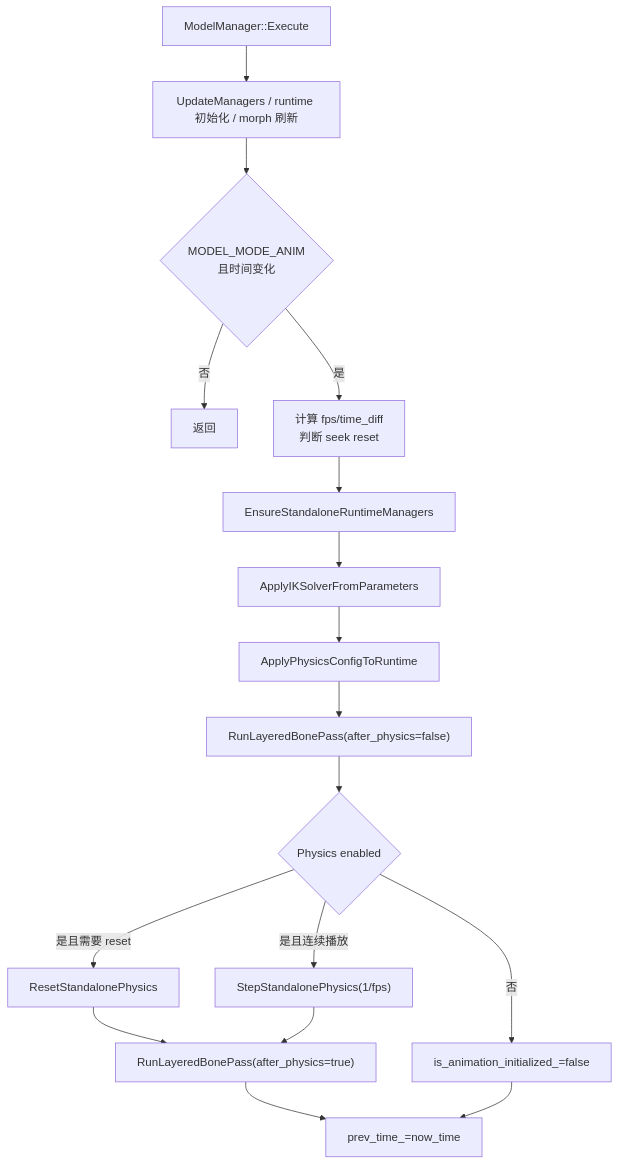
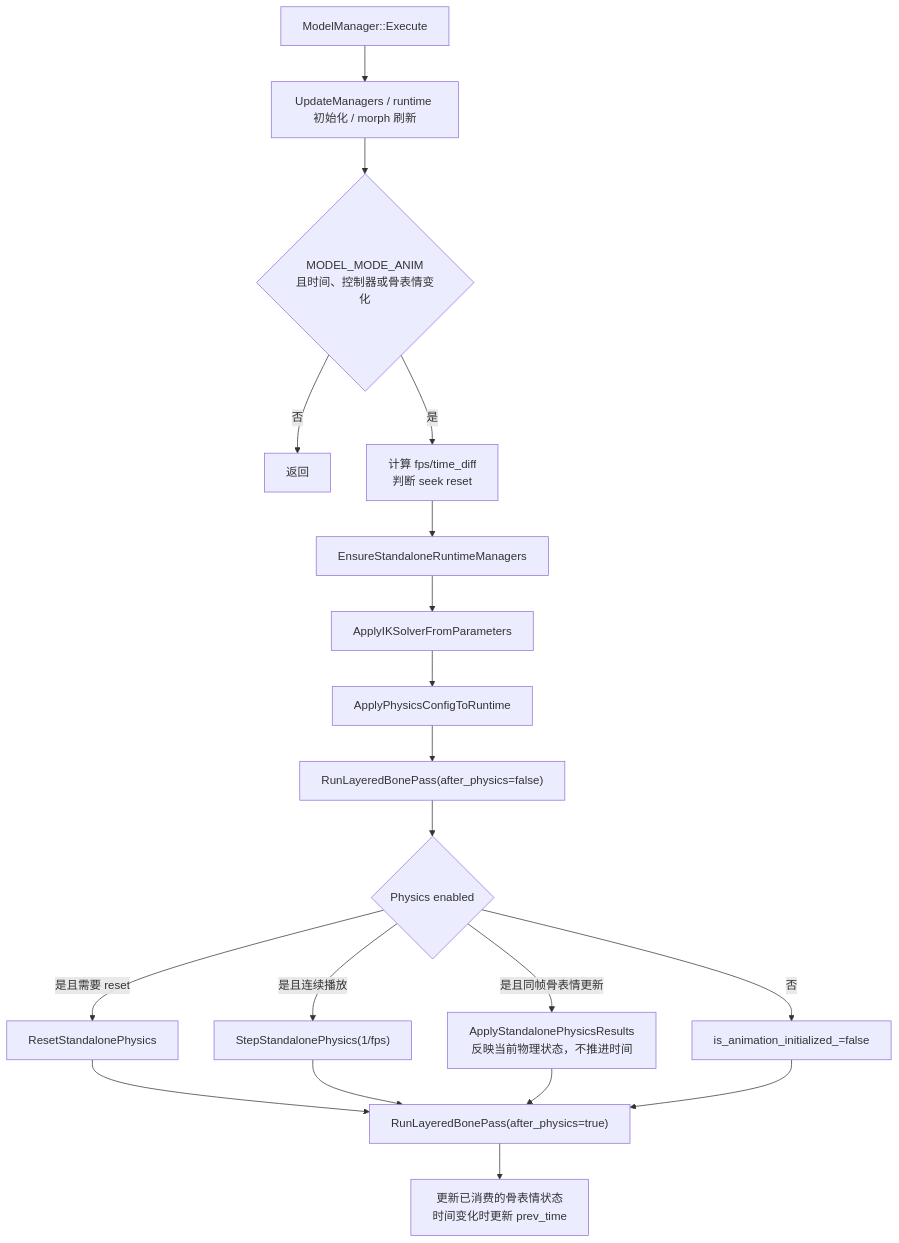
The third of 5 diagrams in docs/dev/runtime-flow.md (AiMiDi/C4D_MMD_Tool), drawn with Mermaid before and after one commit. The commit also changed other lines of this file and 25 other files, not shown here.

````diff
--- a/docs/dev/runtime-flow.md
+++ b/docs/dev/runtime-flow.md
@@ -102,19 +110,21 @@
 ```mermaid
 flowchart TD
     A["ModelManager::Execute"] --> B["UpdateManagers / runtime 初始化 / morph 刷新"]
-    B --> C{"MODEL_MODE_ANIM<br/>且时间变化"}
+    B --> C{"MODEL_MODE_ANIM<br/>且时间、控制器或骨表情变化"}
     C -- 否 --> Z["返回"]
     C -- 是 --> D["计算 fps/time_diff<br/>判断 seek reset"]
     D --> E["EnsureStandaloneRuntimeManagers"]
     E --> F["ApplyIKSolverFromParameters"]
     F --> G["ApplyPhysicsConfigToRuntime"]
     G --> H["RunLayeredBonePass(after_physics=false)"]
     H --> I{"Physics enabled"}
     I -- 是且需要 reset --> J["ResetStandalonePhysics"]
     I -- 是且连续播放 --> K["StepStandalonePhysics(1/fps)"]
+    I -- 是且同帧骨表情更新 --> O["ApplyStandalonePhysicsResults<br/>反映当前物理状态，不推进时间"]
     J --> L["RunLayeredBonePass(after_physics=true)"]
     K --> L
+    O --> L
     I -- 否 --> M["is_animation_initialized_=false"]
-    L --> N["prev_time_=now_time"]
-    M --> N
+    L --> N["更新已消费的骨表情状态<br/>时间变化时更新 prev_time"]
+    M --> L
 ```
````
